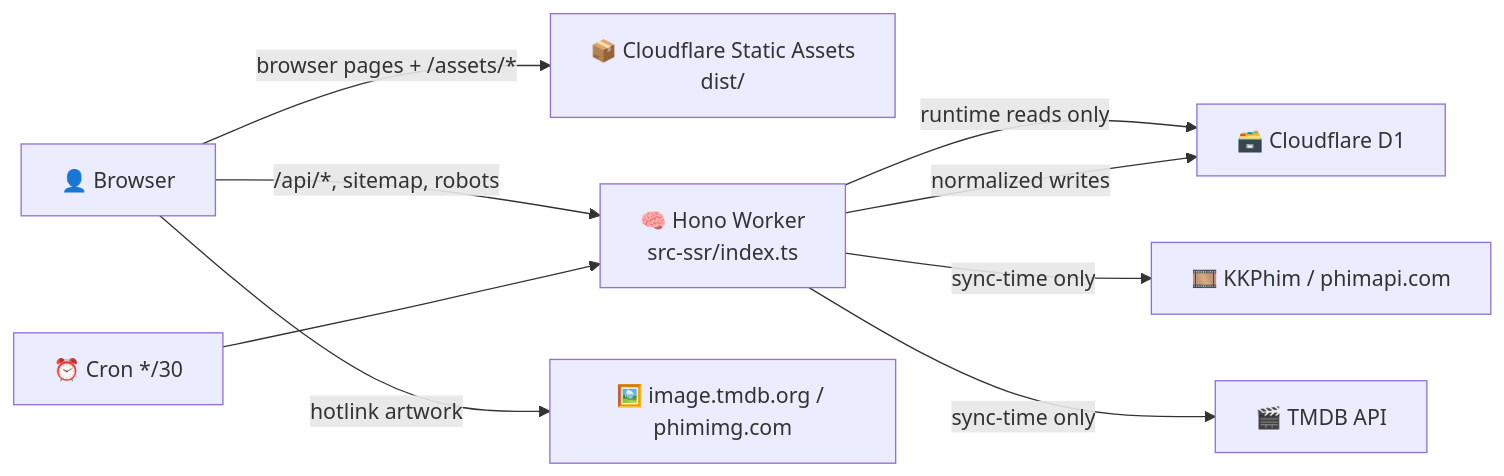
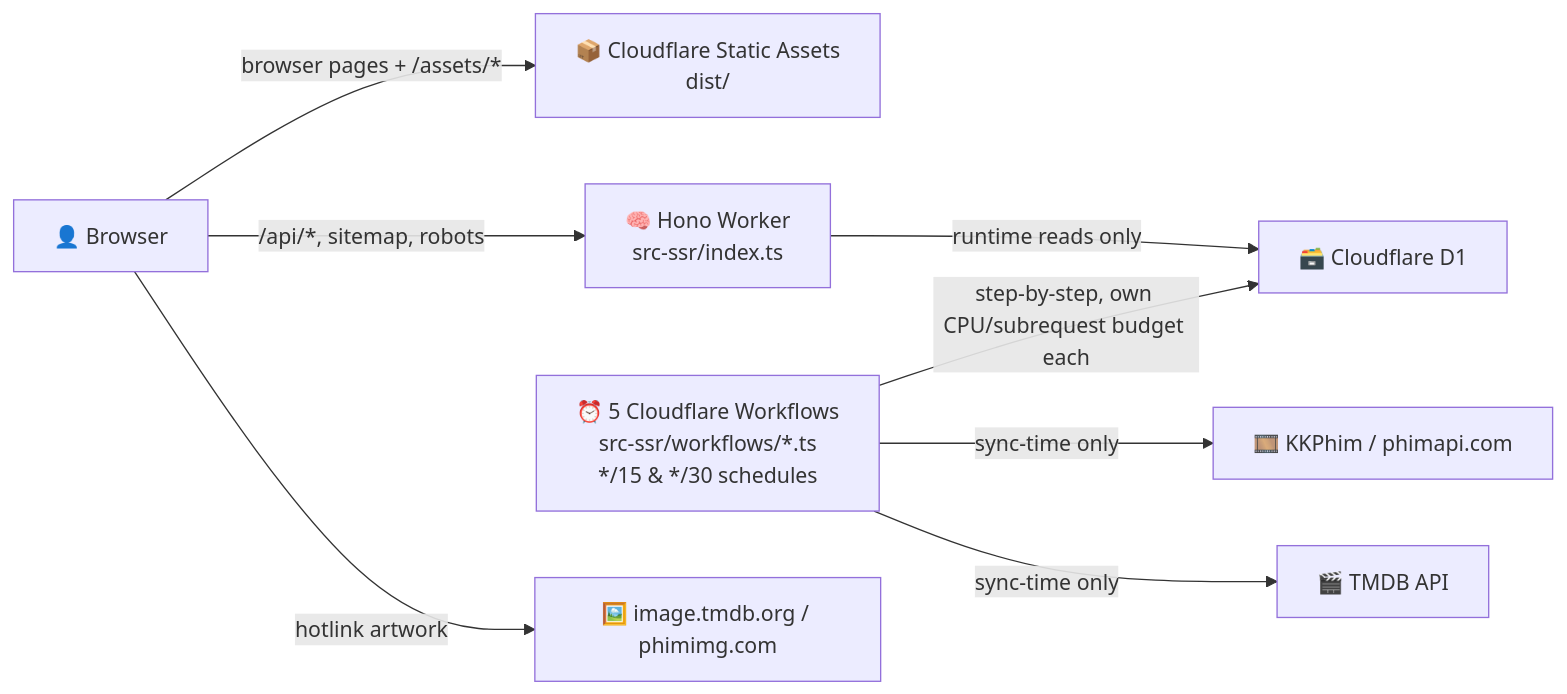
Before and after one commit to O365ServeronMS/redflare: the diagram in README.md, drawn with Mermaid. The commit also changed other lines of this file, not shown here.

First line of the commit message:
docs: update README for the Cloudflare Workflows sync architecture

````diff
--- a/README.md
+++ b/README.md
@@ -47,20 +47,19 @@
 ```mermaid
 flowchart LR
     U["👤 Browser"]
     A["📦 Cloudflare Static Assets<br/>dist/"]
     W["🧠 Hono Worker<br/>src-ssr/index.ts"]
     D["🗃️ Cloudflare D1"]
-    C["⏰ Cron */30"]
+    C["⏰ 5 Cloudflare Workflows<br/>src-ssr/workflows/*.ts<br/>*/15 & */30 schedules"]
     K["🎞️ KKPhim / phimapi.com"]
     T["🎬 TMDB API"]
     I["🖼️ image.tmdb.org / phimimg.com"]
 
     U -->|"browser pages + /assets/*"| A
     U -->|"/api/*, sitemap, robots"| W
     W -->|"runtime reads only"| D
-    C --> W
-    W -->|"sync-time only"| K
-    W -->|"sync-time only"| T
-    W -->|"normalized writes"| D
+    C -->|"step-by-step, own CPU/subrequest budget each"| D
+    C -->|"sync-time only"| K
+    C -->|"sync-time only"| T
     U -->|"hotlink artwork"| I
 ```
````
